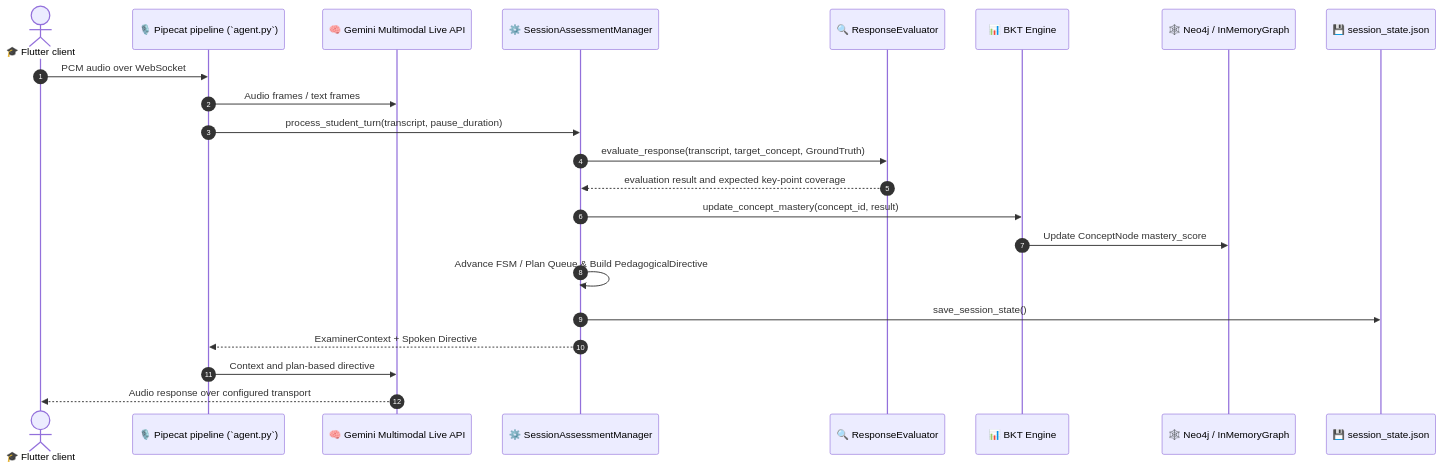
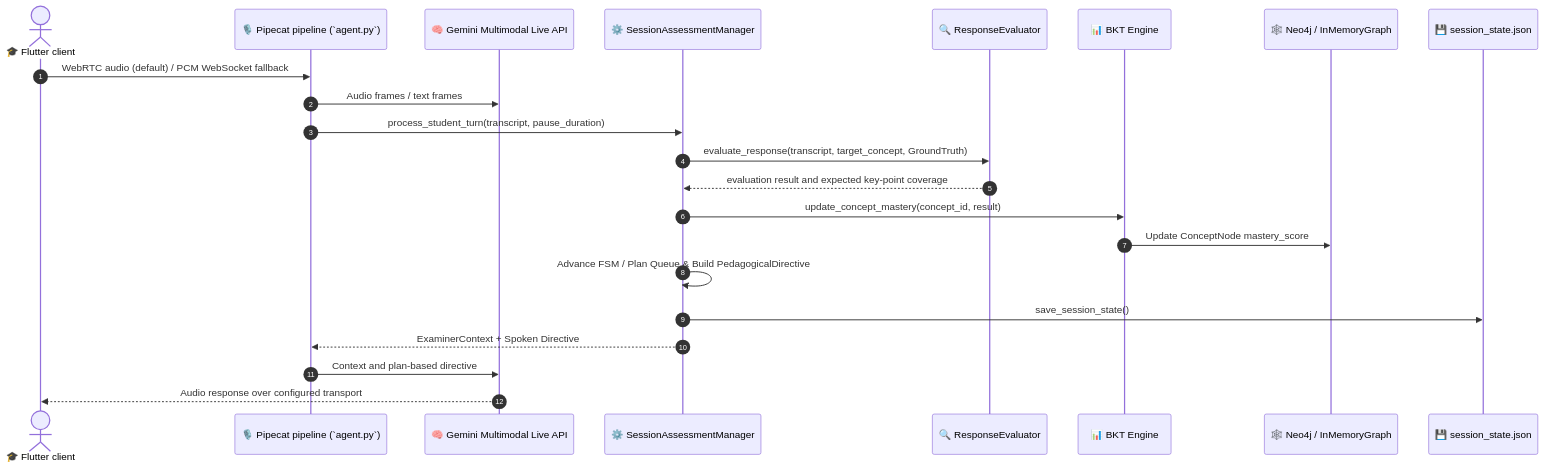
Before and after one commit to Pr1vat30/RetainMind: the first of 4 diagrams in docs/RetainMind_RAD.md, drawn with Mermaid. The commit also changed other lines of this file and 17 other files, not shown here.

````diff
--- a/docs/RetainMind_RAD.md
+++ b/docs/RetainMind_RAD.md
@@ -199,25 +203,25 @@
 ```mermaid
 sequenceDiagram
     autonumber
     actor Student as 🎓 Flutter client
     participant Agent as 🎙️ Pipecat pipeline (`agent.py`)
     participant Gemini as 🧠 Gemini Multimodal Live API
     participant Manager as ⚙️ SessionAssessmentManager
     participant Eval as 🔍 ResponseEvaluator
     participant BKT as 📊 BKT Engine
     participant Graph as 🕸️ Neo4j / InMemoryGraph
     participant Disk as 💾 session_state.json
 
-    Student->>Agent: PCM audio over WebSocket
+    Student->>Agent: WebRTC audio (default) / PCM WebSocket fallback
     Agent->>Gemini: Audio frames / text frames
     Agent->>Manager: process_student_turn(transcript, pause_duration)
     Manager->>Eval: evaluate_response(transcript, target_concept, GroundTruth)
     Eval-->>Manager: evaluation result and expected key-point coverage
     Manager->>BKT: update_concept_mastery(concept_id, result)
     BKT->>Graph: Update ConceptNode mastery_score
     Manager->>Manager: Advance FSM / Plan Queue & Build PedagogicalDirective
     Manager->>Disk: save_session_state()
     Manager-->>Agent: ExaminerContext + Spoken Directive
     Agent->>Gemini: Context and plan-based directive
     Gemini-->>Student: Audio response over configured transport
 ```
````
